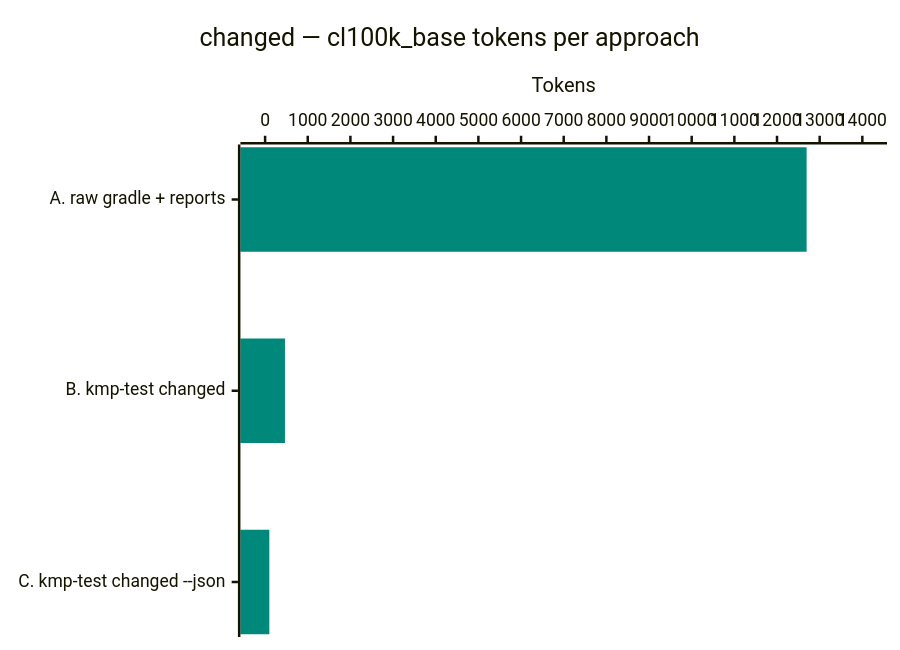
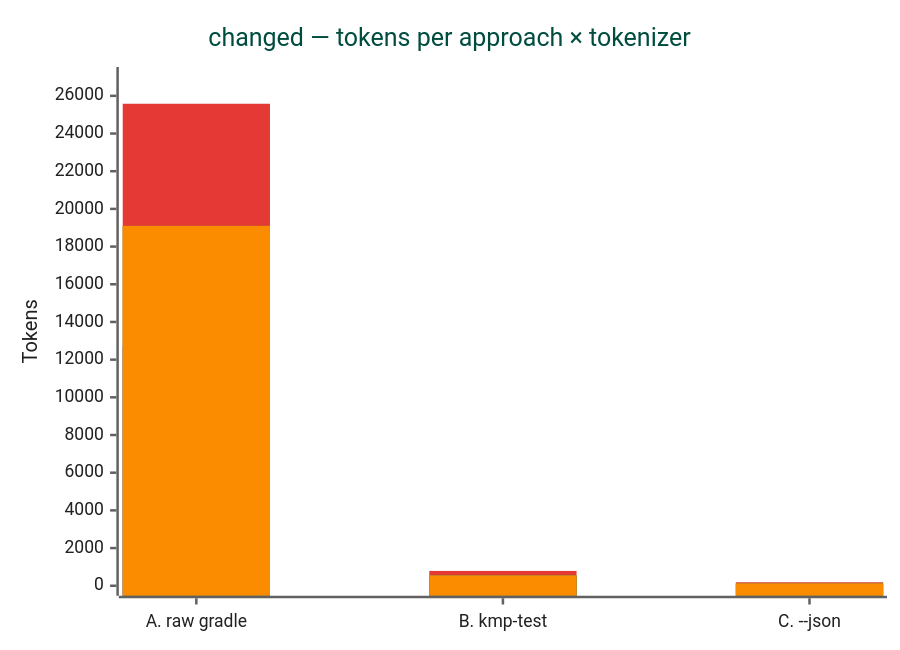
The fourth of 5 diagrams in README.md (oscardlfr/kmp-test-runner), drawn with Mermaid before and after one commit. The commit also changed other lines of this file and 1 other file, not shown here.

First line of the commit message:
docs(tools): modernize Mermaid charts (multi-series + vivid palette) + anonymize project names

````diff
--- a/README.md
+++ b/README.md
@@ -63,8 +79,11 @@
 ```mermaid
-%%{init: {'theme':'base','themeVariables':{'xyChart':{'plotColorPalette':'#00897b'},'fontFamily':'monospace','fontSize':'14px'}}}%%
-xychart-beta horizontal
-    title "changed — cl100k_base tokens per approach"
-    x-axis ["A. raw gradle + reports", "B. kmp-test changed", "C. kmp-test changed --json"]
-    y-axis "Tokens" 0 --> 14000
+%%{init: {'theme':'base','themeVariables':{'xyChart':{'backgroundColor':'transparent','plotColorPalette':'#3949ab, #e53935, #43a047, #fb8c00','titleColor':'#004d40','xAxisLabelColor':'#212121','yAxisLabelColor':'#212121','xAxisTitleColor':'#212121','yAxisTitleColor':'#212121','xAxisLineColor':'#616161','yAxisLineColor':'#616161','xAxisTickColor':'#616161','yAxisTickColor':'#616161','titleFontSize':'17'},'fontFamily':'system-ui, -apple-system, Segoe UI, sans-serif','fontSize':'13px'}}}%%
+xychart-beta
+    title "changed — tokens per approach × tokenizer"
+    x-axis ["A. raw gradle", "B. kmp-test", "C. --json"]
+    y-axis "Tokens" 0 --> 27000
     bar [12694, 466, 100]
+    bar [25580, 787, 186]
+    bar [19098, 550, 125]
+    bar [19098, 550, 125]
 ```
````
